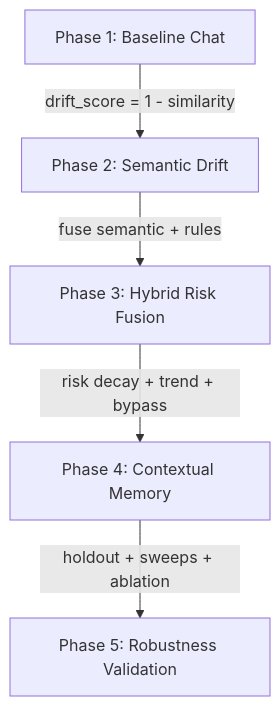
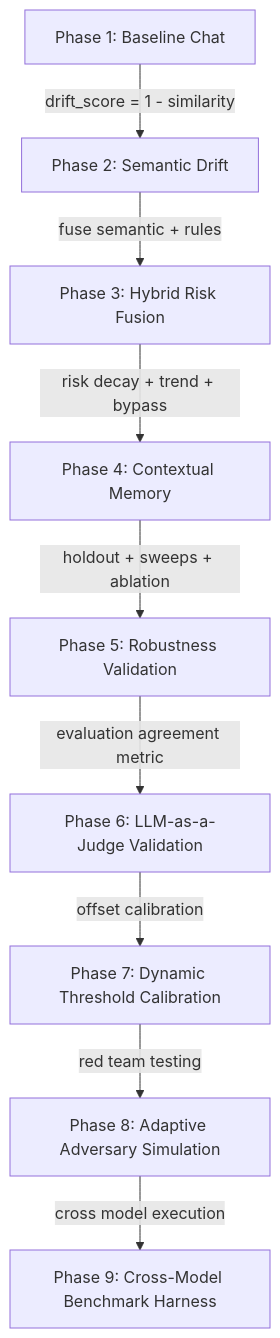
One commit to suryakshar1205/crescendo_jail_break changed the diagram in reports/phase5/phase5_comparative_analysis.md. Above: the diagram before and after it, drawn with Mermaid. The commit also changed other lines of this file and 57 other files, not shown here.

Commit message:
feat: implement multi-phase adaptive defense framework with domain-specific dynamic thresholding and judge prompt optimization

````diff
--- a/reports/phase5/phase5_comparative_analysis.md
+++ b/reports/phase5/phase5_comparative_analysis.md
@@ -28,7 +28,11 @@
 ```mermaid
 graph TD
     P1[Phase 1: Baseline Chat] -->|drift_score = 1 - similarity| P2[Phase 2: Semantic Drift]
     P2 -->|fuse semantic + rules| P3[Phase 3: Hybrid Risk Fusion]
     P3 -->|risk decay + trend + bypass| P4[Phase 4: Contextual Memory]
     P4 -->|holdout + sweeps + ablation| P5[Phase 5: Robustness Validation]
+    P5 -->|evaluation agreement metric| P6[Phase 6: LLM-as-a-Judge Validation]
+    P6 -->|offset calibration| P7[Phase 7: Dynamic Threshold Calibration]
+    P7 -->|red team testing| P8[Phase 8: Adaptive Adversary Simulation]
+    P8 -->|cross model execution| P9[Phase 9: Cross-Model Benchmark Harness]
 ```
````
